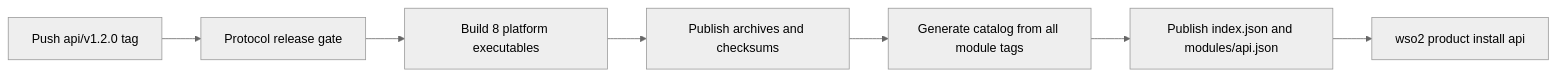
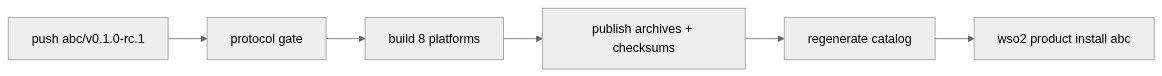
One commit to kanushka/wso2-cli changed the second of 2 diagrams in docs/guides/building-product-modules.md. Above: the diagram before and after it, drawn with Mermaid (neutral theme). The commit also changed other lines of this file and 4 other files, not shown here.

Commit message:
docs(context): add context file reference and rewrite product module guide

````diff
--- a/docs/guides/building-product-modules.md
+++ b/docs/guides/building-product-modules.md
@@ -481,9 +392,8 @@
 ```mermaid
 flowchart LR
-    T["Push api/v1.2.0 tag"] --> G["Protocol release gate"]
-    G --> B["Build 8 platform executables"]
-    B --> R["Publish archives and checksums"]
-    R --> C["Generate catalog from all module tags"]
-    C --> P["Publish index.json and modules/api.json"]
-    P --> I["wso2 product install api"]
+    T["push abc/v0.1.0-rc.1"] --> G["protocol gate"]
+    G --> B["build 8 platforms"]
+    B --> R["publish archives + checksums"]
+    R --> C["regenerate catalog"]
+    C --> I["wso2 product install abc"]
 ```
````
